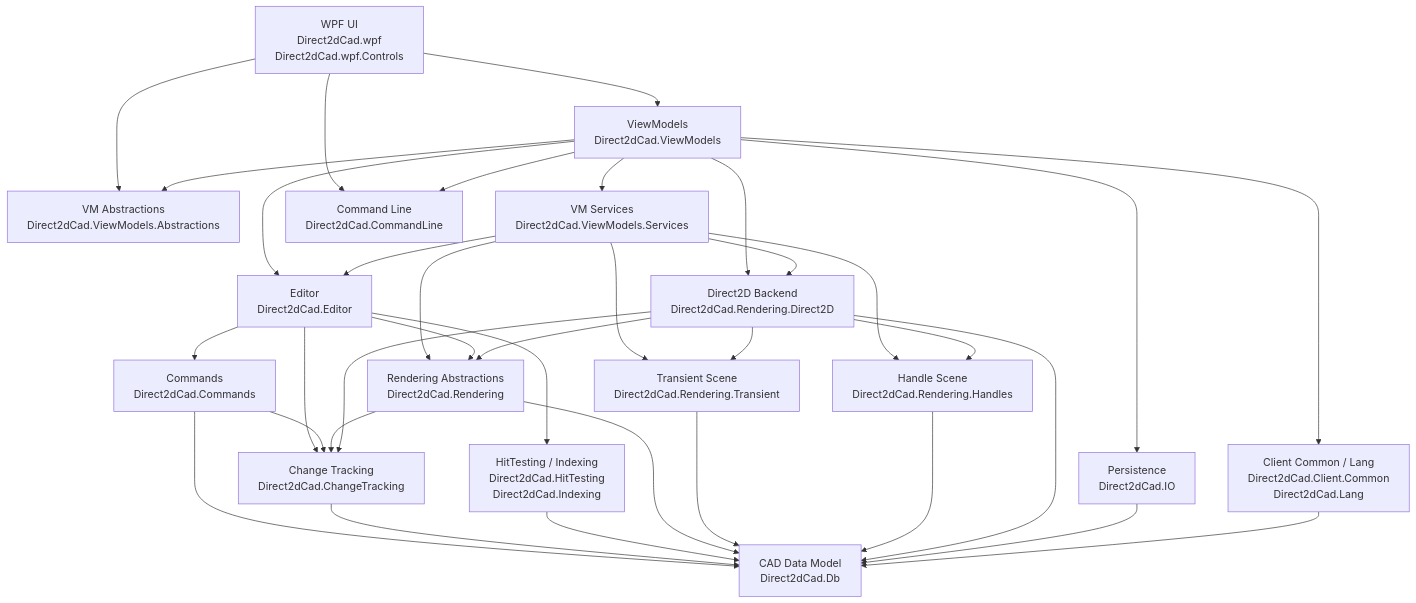
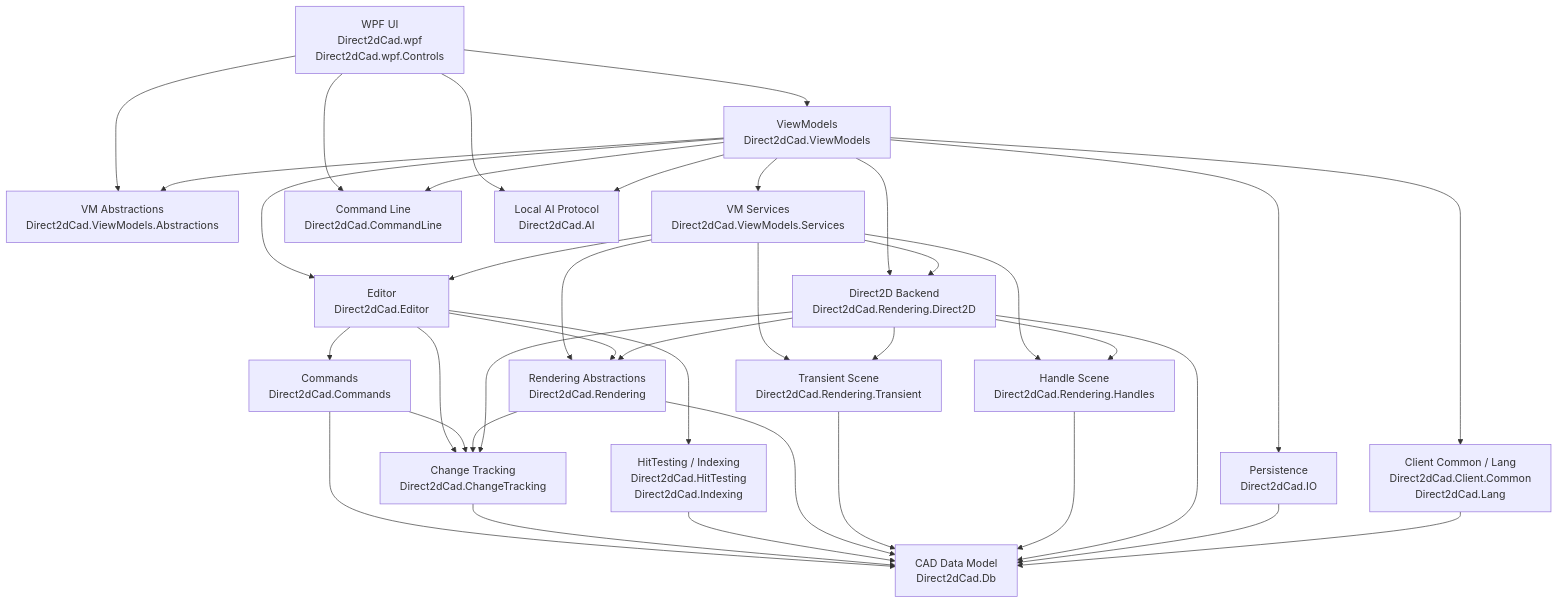
Before and after one commit to yoi102/Direct2dCad: the diagram in README.md, drawn with Mermaid. The commit also changed other lines of this file and 24 other files, not shown here.

Commit message:
Direct2dCad

````diff
--- a/README.md
+++ b/README.md
@@ -60,54 +62,57 @@
 ```mermaid
 flowchart TD
     UI["WPF UI<br/>Direct2dCad.wpf<br/>Direct2dCad.wpf.Controls"]
     VMAbs["VM Abstractions<br/>Direct2dCad.ViewModels.Abstractions"]
     VMServices["VM Services<br/>Direct2dCad.ViewModels.Services"]
     VM["ViewModels<br/>Direct2dCad.ViewModels"]
     Client["Client Common / Lang<br/>Direct2dCad.Client.Common<br/>Direct2dCad.Lang"]
     Editor["Editor<br/>Direct2dCad.Editor"]
     Commands["Commands<br/>Direct2dCad.Commands"]
     CommandLine["Command Line<br/>Direct2dCad.CommandLine"]
+    AI["Local AI Protocol<br/>Direct2dCad.AI"]
     ChangeTracking["Change Tracking<br/>Direct2dCad.ChangeTracking"]
     Db["CAD Data Model<br/>Direct2dCad.Db"]
     Query["HitTesting / Indexing<br/>Direct2dCad.HitTesting<br/>Direct2dCad.Indexing"]
     Rendering["Rendering Abstractions<br/>Direct2dCad.Rendering"]
     Transient["Transient Scene<br/>Direct2dCad.Rendering.Transient"]
     Handles["Handle Scene<br/>Direct2dCad.Rendering.Handles"]
     Direct2D["Direct2D Backend<br/>Direct2dCad.Rendering.Direct2D"]
     IO["Persistence<br/>Direct2dCad.IO"]
 
     UI --> VM
     UI --> VMAbs
     UI --> CommandLine
+    UI --> AI
     VM --> VMAbs
     VM --> CommandLine
+    VM --> AI
     VM --> VMServices
     VM --> Client
     VM --> Editor
     VM --> IO
     VM --> Direct2D
     VMServices --> Editor
     VMServices --> Rendering
     VMServices --> Direct2D
     VMServices --> Handles
     VMServices --> Transient
     Editor --> Commands
     Editor --> ChangeTracking
     Editor --> Query
     Editor --> Rendering
     Commands --> ChangeTracking
     Commands --> Db
     ChangeTracking --> Db
     Query --> Db
     Rendering --> ChangeTracking
     Rendering --> Db
     Transient --> Db
     Handles --> Db
     Direct2D --> Rendering
     Direct2D --> Handles
     Direct2D --> Transient
     Direct2D --> ChangeTracking
     Direct2D --> Db
     IO --> Db
     Client --> Db
 ```
````
